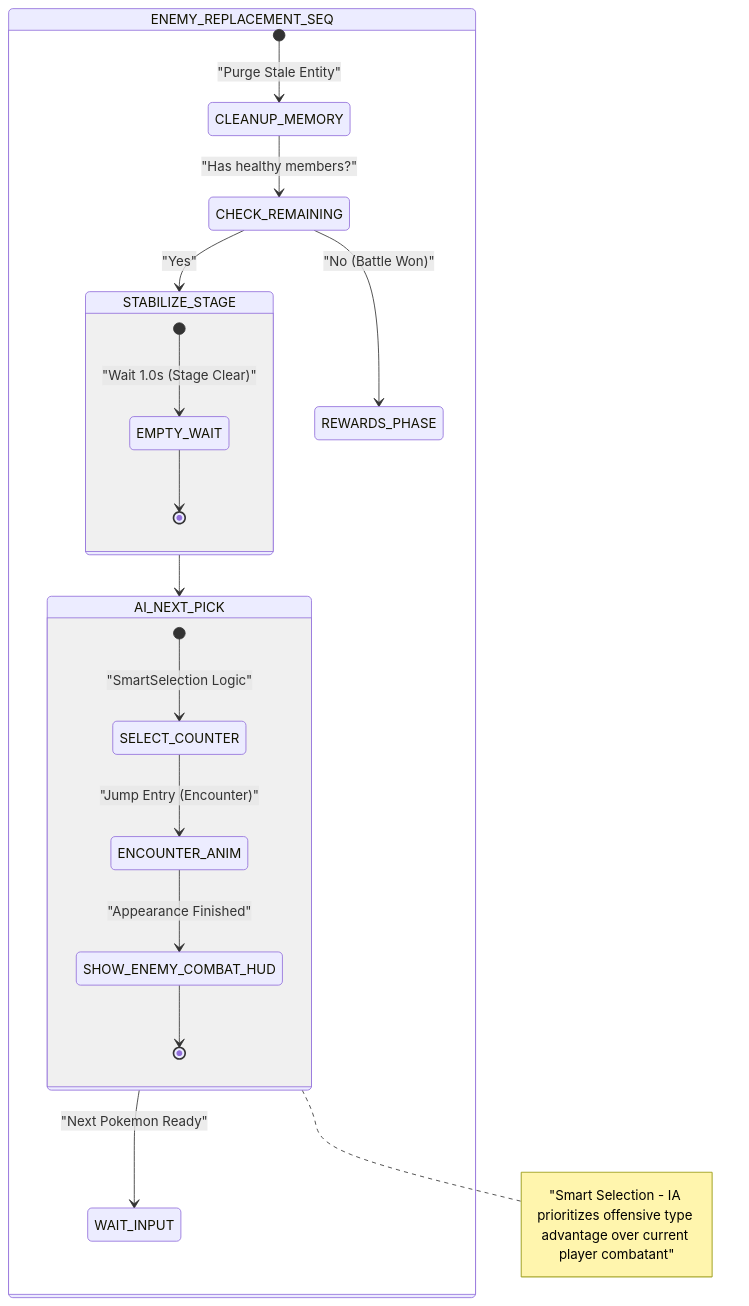
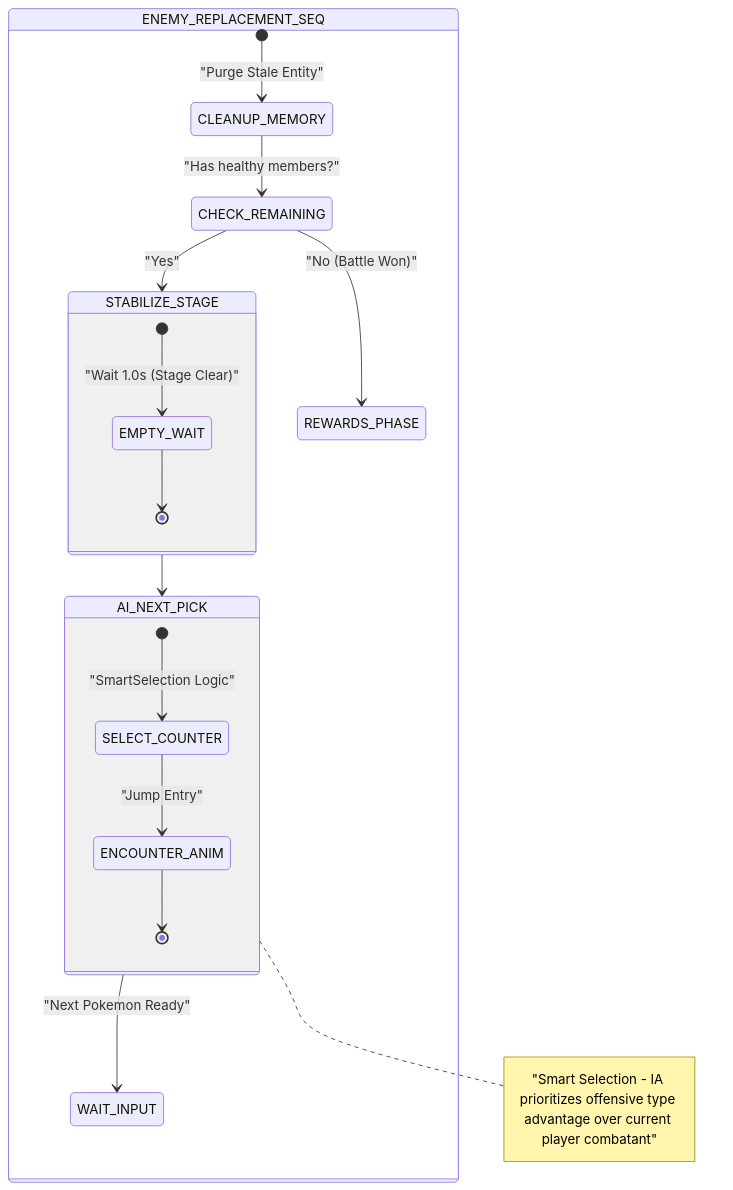
The ninth of 18 diagrams in .agents/skills/project-standards/references/battle/battle_mechanics_manual.md (Darkham77/PokeBorrador), drawn with Mermaid before and after one commit. The commit also changed other lines of this file and 30 other files, not shown here.

````diff
--- a/.agents/skills/project-standards/references/battle/battle_mechanics_manual.md
+++ b/.agents/skills/project-standards/references/battle/battle_mechanics_manual.md
@@ -560,29 +550,28 @@
 ```mermaid
 stateDiagram-v2
     state ENEMY_REPLACEMENT_SEQ {
         [*] --> CLEANUP_MEMORY: "Purge Stale Entity"
         CLEANUP_MEMORY --> CHECK_REMAINING: "Has healthy members?"
         
         state CHECK_REMAINING <<choice>>
         CHECK_REMAINING --> STABILIZE_STAGE: "Yes"
         CHECK_REMAINING --> REWARDS_PHASE: "No (Battle Won)"
         
         state STABILIZE_STAGE {
             [*] --> EMPTY_WAIT: "Wait 1.0s (Stage Clear)"
             EMPTY_WAIT --> [*]
         }
         
         STABILIZE_STAGE --> AI_NEXT_PICK
         
         state AI_NEXT_PICK {
             [*] --> SELECT_COUNTER: "SmartSelection Logic"
-            SELECT_COUNTER --> ENCOUNTER_ANIM: "Jump Entry (Encounter)"
-            ENCOUNTER_ANIM --> SHOW_ENEMY_COMBAT_HUD: "Appearance Finished"
-            SHOW_ENEMY_COMBAT_HUD --> [*]
+            SELECT_COUNTER --> ENCOUNTER_ANIM : "Jump Entry"
+            ENCOUNTER_ANIM --> [*]
         }
         
         AI_NEXT_PICK --> WAIT_INPUT: "Next Pokemon Ready"
     }
     
     note right of AI_NEXT_PICK : "Smart Selection - IA prioritizes offensive type advantage over current player combatant"
 ```
````
